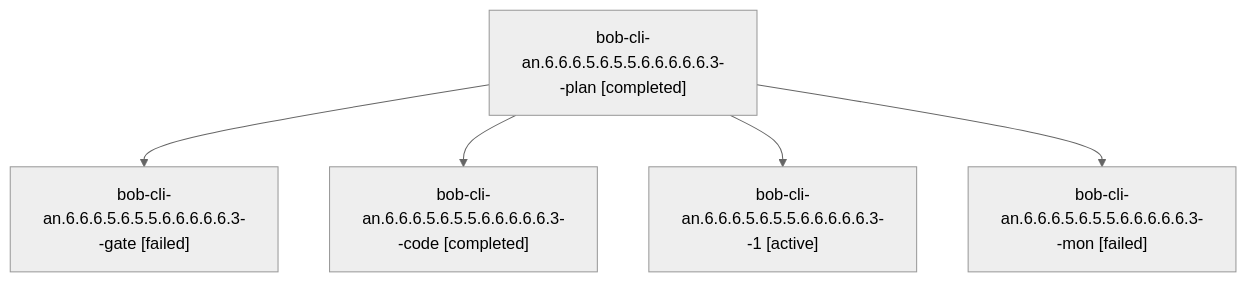
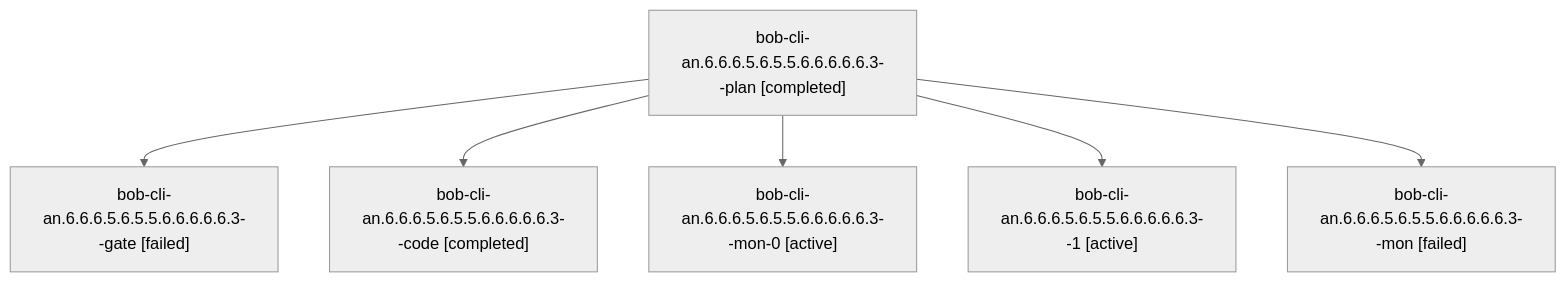
Before and after one commit to bobs-org/bob-cli--agents: the diagram in sessions/bbugyi200.athena.bob-cli-an.6.6.6.5.6.5.5.6.6.6.6.6.3.md, drawn with Mermaid (neutral theme). The commit also changed other lines of this file and 231 other files, not shown here.

````diff
--- a/sessions/bbugyi200.athena.bob-cli-an.6.6.6.5.6.5.5.6.6.6.6.6.3.md
+++ b/sessions/bbugyi200.athena.bob-cli-an.6.6.6.5.6.5.5.6.6.6.6.6.3.md
@@ -9,12 +9,14 @@
 ```mermaid
 flowchart TD
   n0["bob-cli-an.6.6.6.5.6.5.5.6.6.6.6.6.3--plan [completed]"]
   n1["bob-cli-an.6.6.6.5.6.5.5.6.6.6.6.6.3--gate [failed]"]
   n0 --> n1
   n2["bob-cli-an.6.6.6.5.6.5.5.6.6.6.6.6.3--code [completed]"]
   n0 --> n2
-  n3["bob-cli-an.6.6.6.5.6.5.5.6.6.6.6.6.3--1 [active]"]
+  n3["bob-cli-an.6.6.6.5.6.5.5.6.6.6.6.6.3--mon-0 [active]"]
   n0 --> n3
-  n4["bob-cli-an.6.6.6.5.6.5.5.6.6.6.6.6.3--mon [failed]"]
+  n4["bob-cli-an.6.6.6.5.6.5.5.6.6.6.6.6.3--1 [active]"]
   n0 --> n4
+  n5["bob-cli-an.6.6.6.5.6.5.5.6.6.6.6.6.3--mon [failed]"]
+  n0 --> n5
 ```
````
